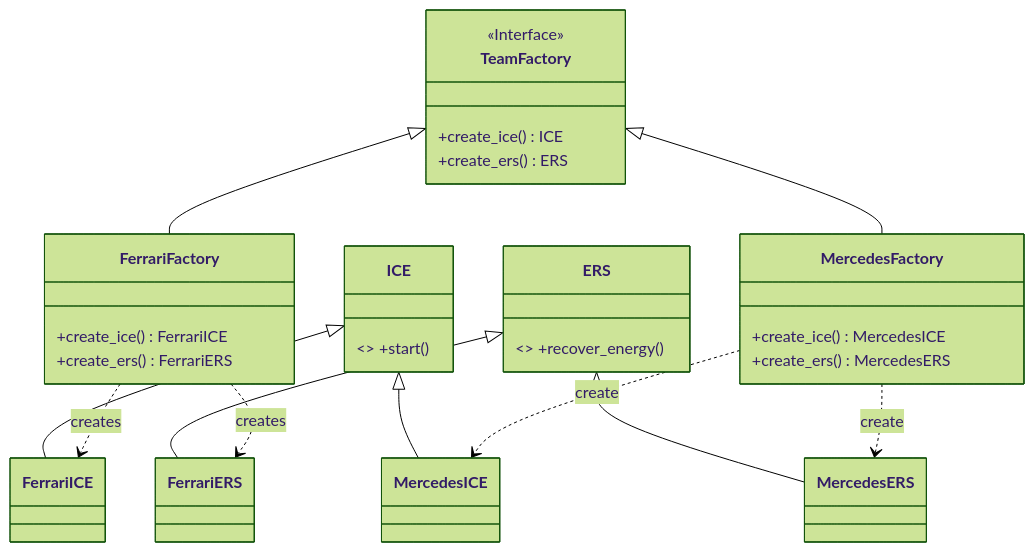
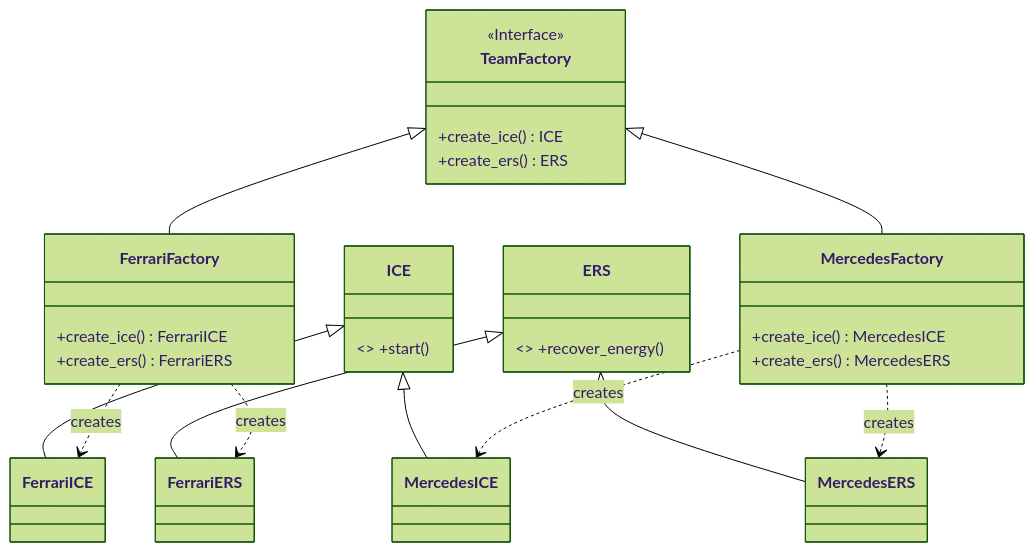
Before and after one commit to 06luki06/F1-Engineering-Lab: the first of 2 diagrams in 01-Design-Patterns/01-Creational/Abstract-Factory/README.md, drawn with Mermaid (forest theme).

Commit message:
Fix typo in MercedesFactory dependency lines in class diagram

````diff
--- a/01-Design-Patterns/01-Creational/Abstract-Factory/README.md
+++ b/01-Design-Patterns/01-Creational/Abstract-Factory/README.md
@@ -55,44 +55,44 @@
 ```mermaid
 classDiagram
     %% Abstract Factory
     class TeamFactory {
         <<Interface>>
         +create_ice() ICE
         +create_ers() ERS
     }
 
     %% Concrete Factories
     class FerrariFactory {
         +create_ice() FerrariICE
         +create_ers() FerrariERS
     }
     class MercedesFactory {
         +create_ice() MercedesICE
         +create_ers() MercedesERS
     }
 
     %% Relationships
     TeamFactory <|-- FerrariFactory
     TeamFactory <|-- MercedesFactory
 
     %% Abstract Products
     class ICE { <<Interface>> +start() }
     class ERS { <<Interface>> +recover_energy() }
 
     %% Concrete Products
     class FerrariICE
     class FerrariERS
     class MercedesICE
     class MercedesERS
 
     ICE <|-- FerrariICE
     ICE <|-- MercedesICE
     ERS <|-- FerrariERS
     ERS <|-- MercedesERS
 
     %% Dependency Lines
     FerrariFactory ..> FerrariICE : creates
     FerrariFactory ..> FerrariERS : creates
-    MercedesFactory ..> MercedesICE :create
-    MercedesFactory ..> MercedesERS : create
+    MercedesFactory ..> MercedesICE : creates
+    MercedesFactory ..> MercedesERS : creates
 ```
````
